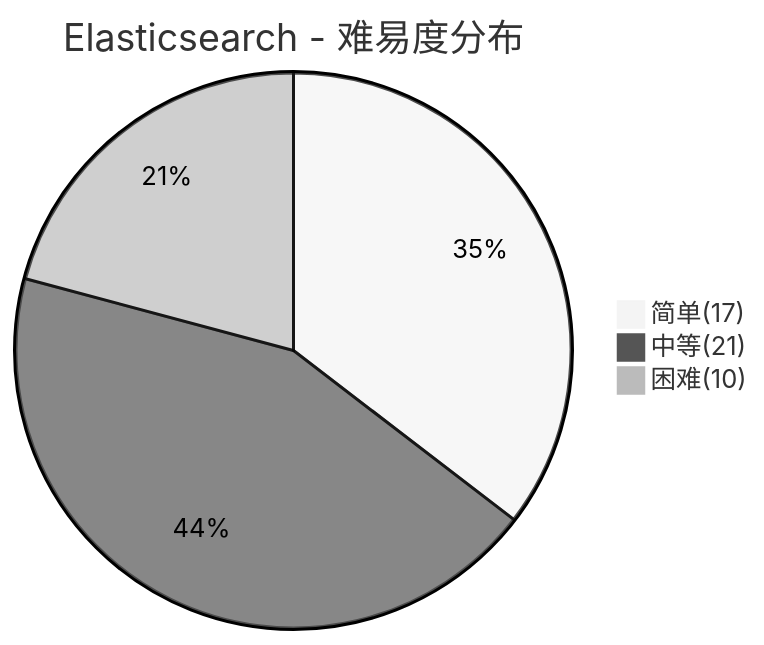
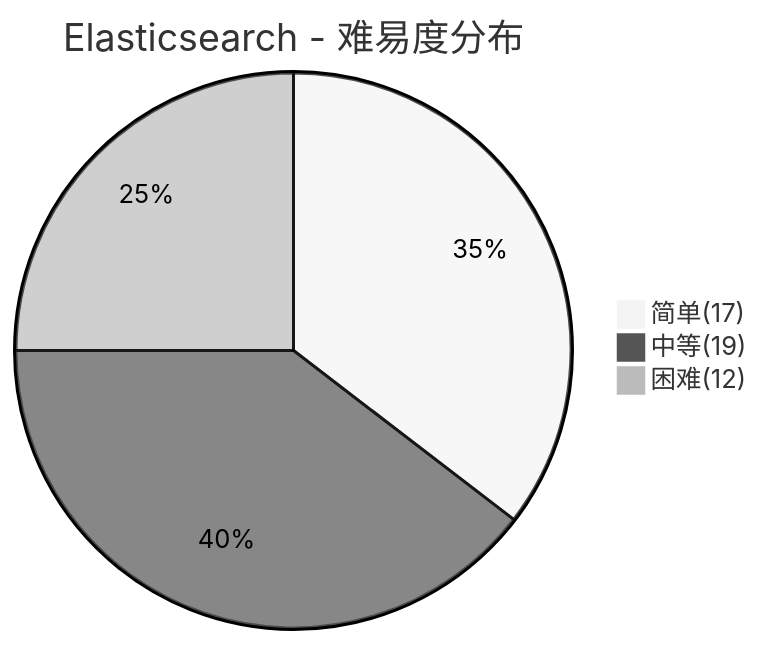
Before and after one commit to dunwu/waterdrop: the third of 6 diagrams in docs/99.面试/数据库面试.md, drawn with Mermaid (neutral theme). The commit also changed other lines of this file and 73 other files, not shown here.

````diff
--- a/docs/99.面试/数据库面试.md
+++ b/docs/99.面试/数据库面试.md
@@ -222,6 +226,6 @@
 ```mermaid
 pie title Elasticsearch - 难易度分布
     "简单(17)" : 17
-    "中等(21)" : 21
-    "困难(10)" : 10
+    "中等(19)" : 19
+    "困难(12)" : 12
 ```
````
